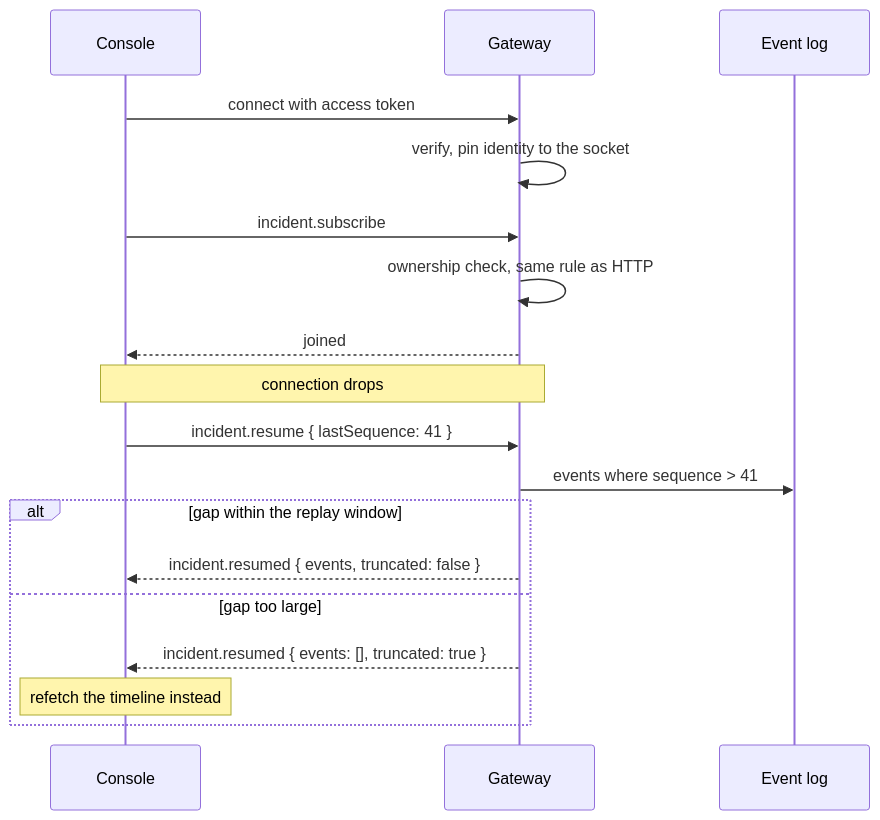
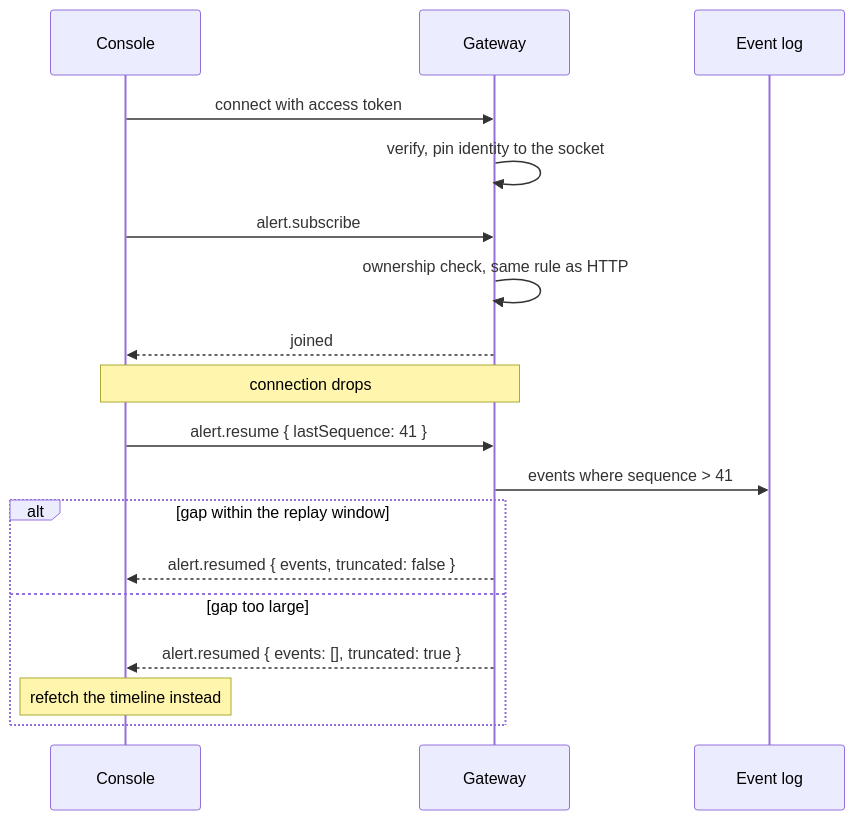
Before and after one commit to Sam12355/agricore-farm-platform: the fourth of 4 diagrams in ARCHITECTURE.md, drawn with Mermaid. The commit also changed other lines of this file and 205 other files, not shown here.

````diff
--- a/ARCHITECTURE.md
+++ b/ARCHITECTURE.md
@@ -112,21 +112,21 @@
 ```mermaid
 sequenceDiagram
     participant CL as Console
     participant GW as Gateway
     participant DB as Event log
 
     CL->>GW: connect with access token
     GW->>GW: verify, pin identity to the socket
-    CL->>GW: incident.subscribe
+    CL->>GW: alert.subscribe
     GW->>GW: ownership check, same rule as HTTP
     GW-->>CL: joined
     Note over CL,GW: connection drops
-    CL->>GW: incident.resume { lastSequence: 41 }
+    CL->>GW: alert.resume { lastSequence: 41 }
     GW->>DB: events where sequence > 41
     alt gap within the replay window
-        GW-->>CL: incident.resumed { events, truncated: false }
+        GW-->>CL: alert.resumed { events, truncated: false }
     else gap too large
-        GW-->>CL: incident.resumed { events: [], truncated: true }
+        GW-->>CL: alert.resumed { events: [], truncated: true }
         Note over CL: refetch the timeline instead
     end
 ```
````
